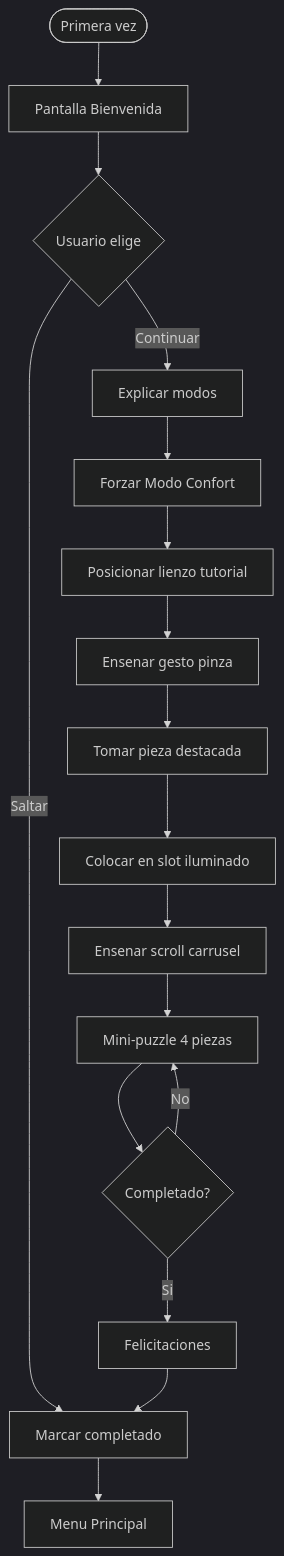
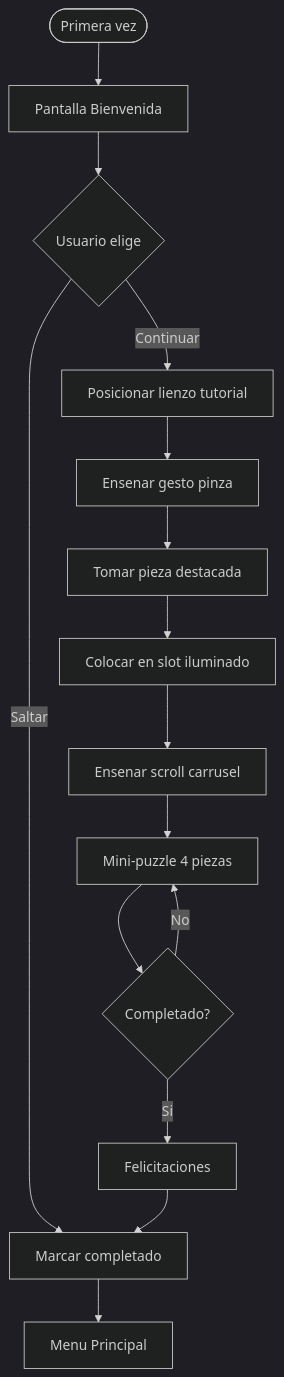
The eighth of 9 diagrams in docs/Diagramas-Art-Unbound.md (ricardovazarm/ArtUnbound), drawn with Mermaid (dark theme) before and after one commit. The commit also changed other lines of this file and 890 other files, not shown here.

````diff
--- a/docs/Diagramas-Art-Unbound.md
+++ b/docs/Diagramas-Art-Unbound.md
@@ -276,19 +249,17 @@
 ```mermaid
 flowchart TD
     FirstLaunch([Primera vez]) --> Welcome[Pantalla Bienvenida]
     Welcome --> SkipChoice{Usuario elige}
     SkipChoice -->|Saltar| MarkComplete[Marcar completado]
-    SkipChoice -->|Continuar| Step1[Explicar modos]
-    Step1 --> Step2[Forzar Modo Confort]
-    Step2 --> Step3[Posicionar lienzo tutorial]
+    SkipChoice -->|Continuar| Step3[Posicionar lienzo tutorial]
     Step3 --> Step4[Ensenar gesto pinza]
     Step4 --> Step5[Tomar pieza destacada]
     Step5 --> Step6[Colocar en slot iluminado]
     Step6 --> Step7[Ensenar scroll carrusel]
     Step7 --> Step8[Mini-puzzle 4 piezas]
     Step8 --> TutorialComplete{Completado?}
     TutorialComplete -->|Si| Congrats[Felicitaciones]
     TutorialComplete -->|No| Step8
     Congrats --> MarkComplete
     MarkComplete --> MainMenu[Menu Principal]
 ```
````
